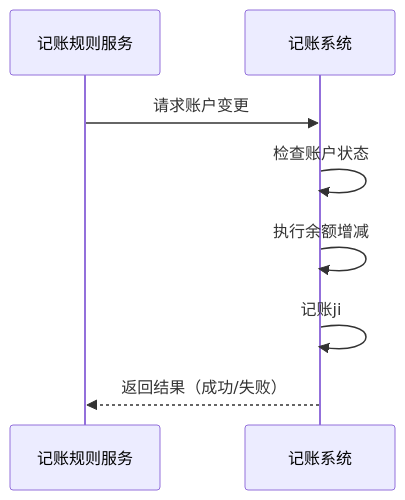
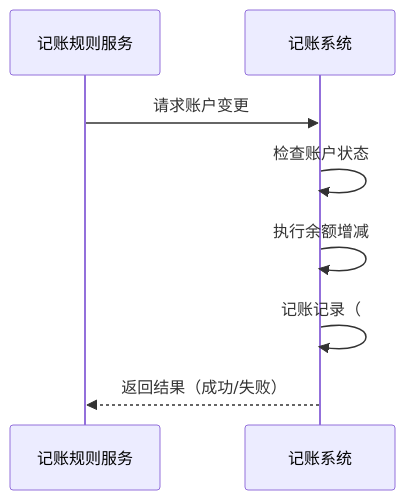
The diagram in all/记账操作.md (87828943/iodraw-files), drawn with Mermaid before and after one commit.

Commit message:
2025-07-07 16:12:25 update

````diff
--- a/all/记账操作.md
+++ b/all/记账操作.md
@@ -1,10 +1,10 @@
 ```mermaid
 sequenceDiagram
     participant A as 记账规则服务
     participant B as 记账系统
     A->>B: 请求账户变更
     B->>B: 检查账户状态
     B->>B: 执行余额增减
-    B->>B: 记账ji
+    B->>B: 记账记录（
     B-->>A: 返回结果（成功/失败）
 ```
````
